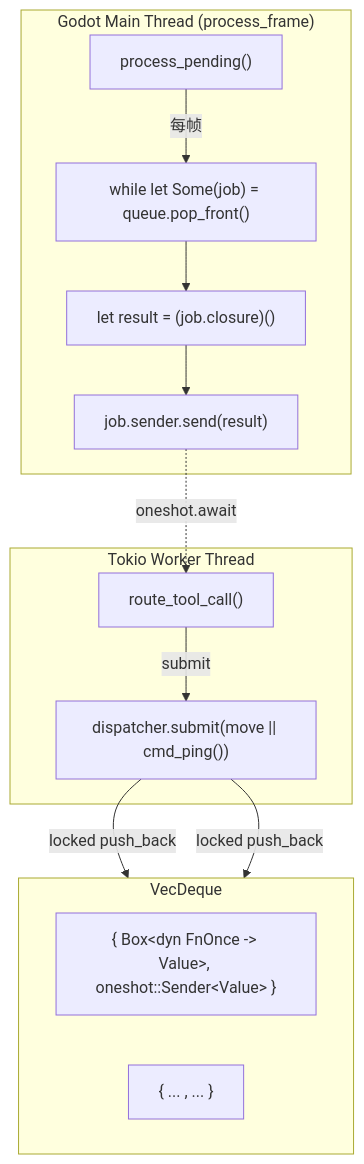
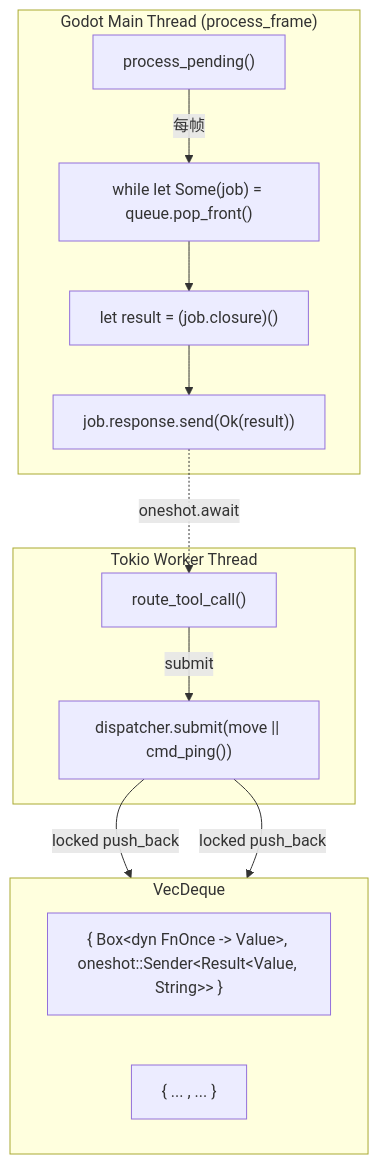
The diagram in .repo_wiki/modules/dispatcher.md (jesspig/GodotMCP-GDExtension), drawn with Mermaid before and after one commit. The commit also changed other lines of this file and 20 other files, not shown here.

````diff
--- a/.repo_wiki/modules/dispatcher.md
+++ b/.repo_wiki/modules/dispatcher.md
@@ -7,28 +7,28 @@
 ```mermaid
 flowchart TB
     subgraph TOKIO["Tokio Worker Thread"]
         T1["route_tool_call()"]
         T2["dispatcher.submit(move || cmd_ping())"]
     end
     
     subgraph QUEUE["VecDeque<DispatcherJob>"]
         direction LR
-        Q1["{ Box&lt;dyn FnOnce -&gt; Value&gt;, oneshot::Sender&lt;Value&gt; }"]
+        Q1["{ Box&lt;dyn FnOnce -&gt; Value&gt;, oneshot::Sender&lt;Result&lt;Value, String&gt;&gt; }"]
         Q2["{ ... , ... }"]
     end
     
     subgraph MAIN["Godot Main Thread (process_frame)"]
         M1["process_pending()"]
         M2["while let Some(job) = queue.pop_front()"]
         M3["let result = (job.closure)()"]
-        M4["job.sender.send(result)"]
+        M4["job.response.send(Ok(result))"]
     end
     
     T1 -->|submit| T2
     T2 -->|locked push_back| Q1
     T2 -->|locked push_back| Q2
     M1 -->|每帧| M2
     M2 --> M3
     M3 --> M4
     M4 -.->|oneshot.await| T1
 ```
````
